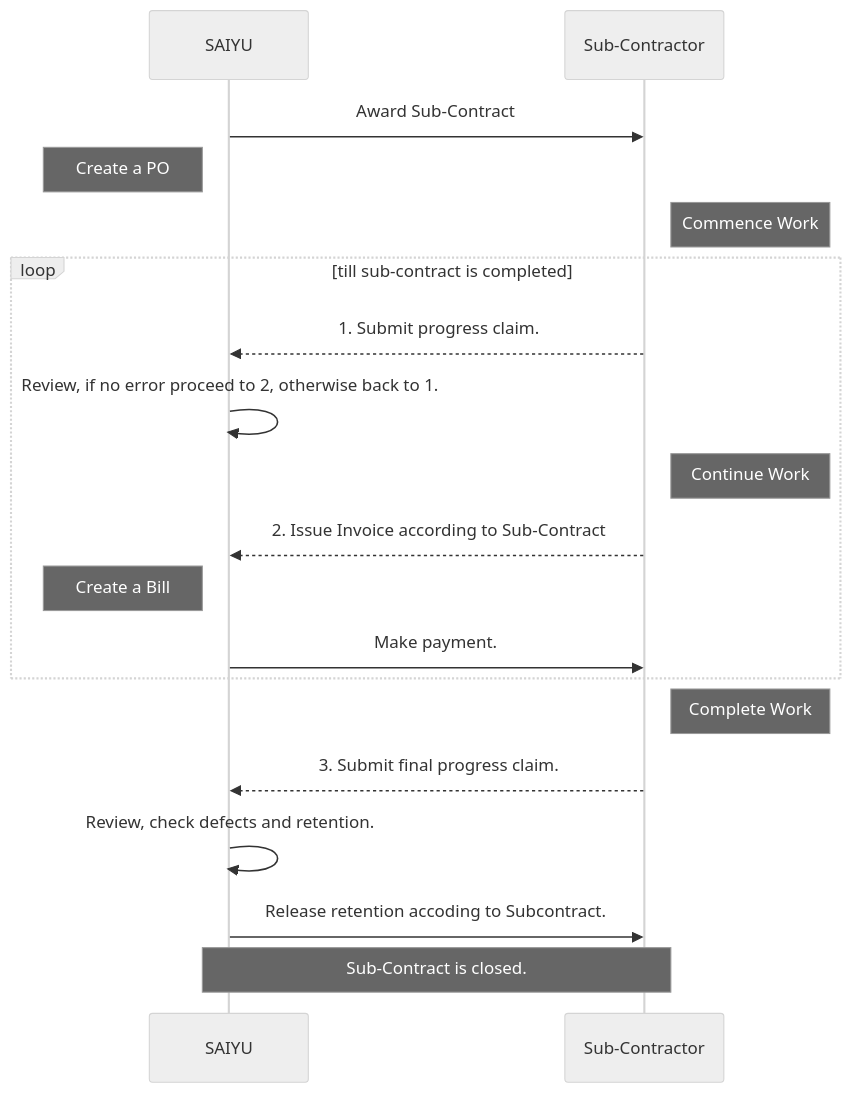
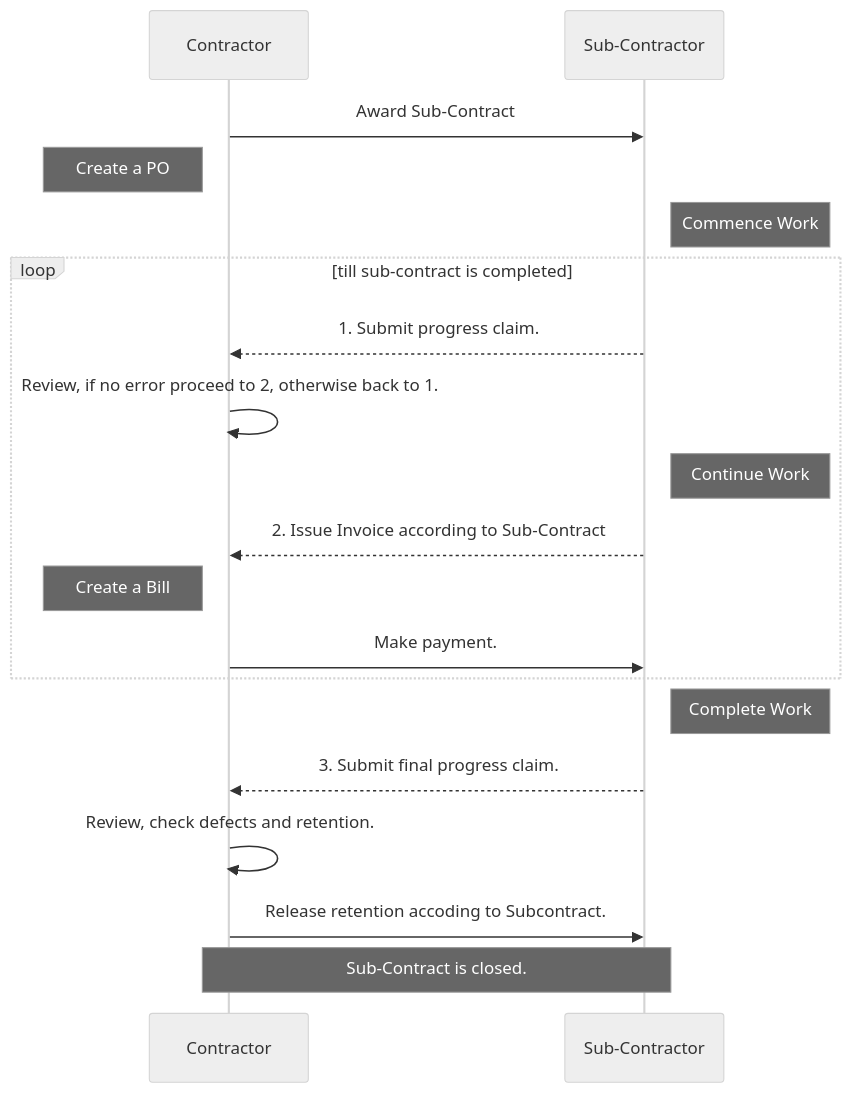
One commit to gearzhan/docWiki_PSECxSAIYU changed the diagram in docs/02-commercial/POsnBills.md. Above: the diagram before and after it, drawn with Mermaid (neutral theme). The commit also changed other lines of this file and 8 other files, not shown here.

````diff
--- a/docs/02-commercial/POsnBills.md
+++ b/docs/02-commercial/POsnBills.md
@@ -9,25 +79,22 @@
 ```mermaid
-
 sequenceDiagram
 
-SAIYU ->> Sub-Contractor: Award Sub-Contract
-note left of SAIYU: Create a PO
+Contractor ->> Sub-Contractor: Award Sub-Contract
+note left of Contractor: Create a PO
 note right of Sub-Contractor: Commence Work
 
 Loop till sub-contract is completed
-  Sub-Contractor -->> SAIYU: 1. Submit progress claim.
-  SAIYU ->> SAIYU: Review, if no error proceed to 2, otherwise back to 1.
+  Sub-Contractor -->> Contractor: 1. Submit progress claim.
+  Contractor ->> Contractor: Review, if no error proceed to 2, otherwise back to 1.
   note right of Sub-Contractor: Continue Work
-  Sub-Contractor -->> SAIYU: 2. Issue Invoice according to Sub-Contract
-  note left of SAIYU: Create a Bill
-  SAIYU ->> Sub-Contractor: Make payment.
+  Sub-Contractor -->> Contractor: 2. Issue Invoice according to Sub-Contract
+  note left of Contractor: Create a Bill
+  Contractor ->> Sub-Contractor: Make payment.
 end
   note right of Sub-Contractor: Complete Work
-  Sub-Contractor -->> SAIYU: 3. Submit final progress claim.
-  SAIYU ->> SAIYU: Review, check defects and retention.
-  SAIYU ->> Sub-Contractor: Release retention accoding to Subcontract.
-  note over SAIYU,Sub-Contractor: Sub-Contract is closed.
-
-
+  Sub-Contractor -->> Contractor: 3. Submit final progress claim.
+  Contractor ->> Contractor: Review, check defects and retention.
+  Contractor ->> Sub-Contractor: Release retention accoding to Subcontract.
+  note over Contractor,Sub-Contractor: Sub-Contract is closed.
 
 ```
````
